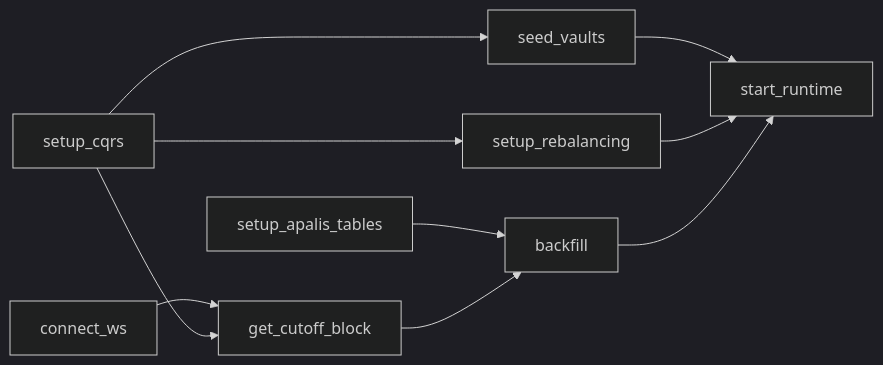
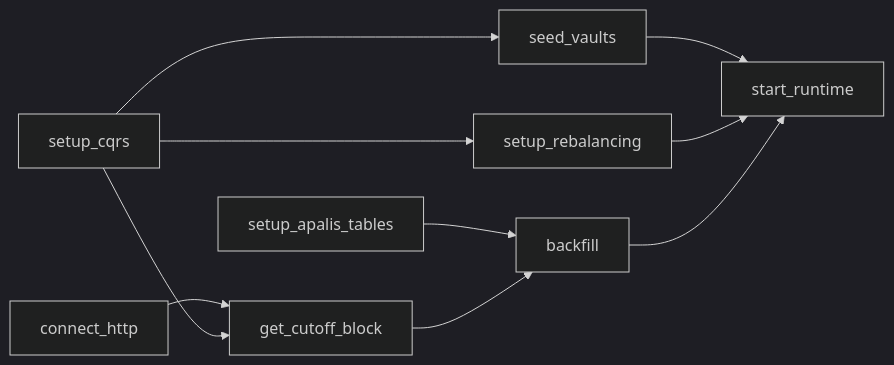
Before and after one commit to ST0x-Technology/st0x.liquidity: the first of 10 diagrams in SPEC.md, drawn with Mermaid (dark theme). The commit also changed other lines of this file and 31 other files, not shown here.

````diff
--- a/SPEC.md
+++ b/SPEC.md
@@ -155,12 +166,12 @@
 ```mermaid
 graph LR
-    connect_ws --> get_cutoff_block
+    connect_http --> get_cutoff_block
     setup_cqrs --> get_cutoff_block
     setup_cqrs --> seed_vaults
     setup_cqrs --> setup_rebalancing
     setup_apalis_tables --> backfill
     get_cutoff_block --> backfill
     seed_vaults --> start_runtime
     setup_rebalancing --> start_runtime
     backfill --> start_runtime
 ```
````
